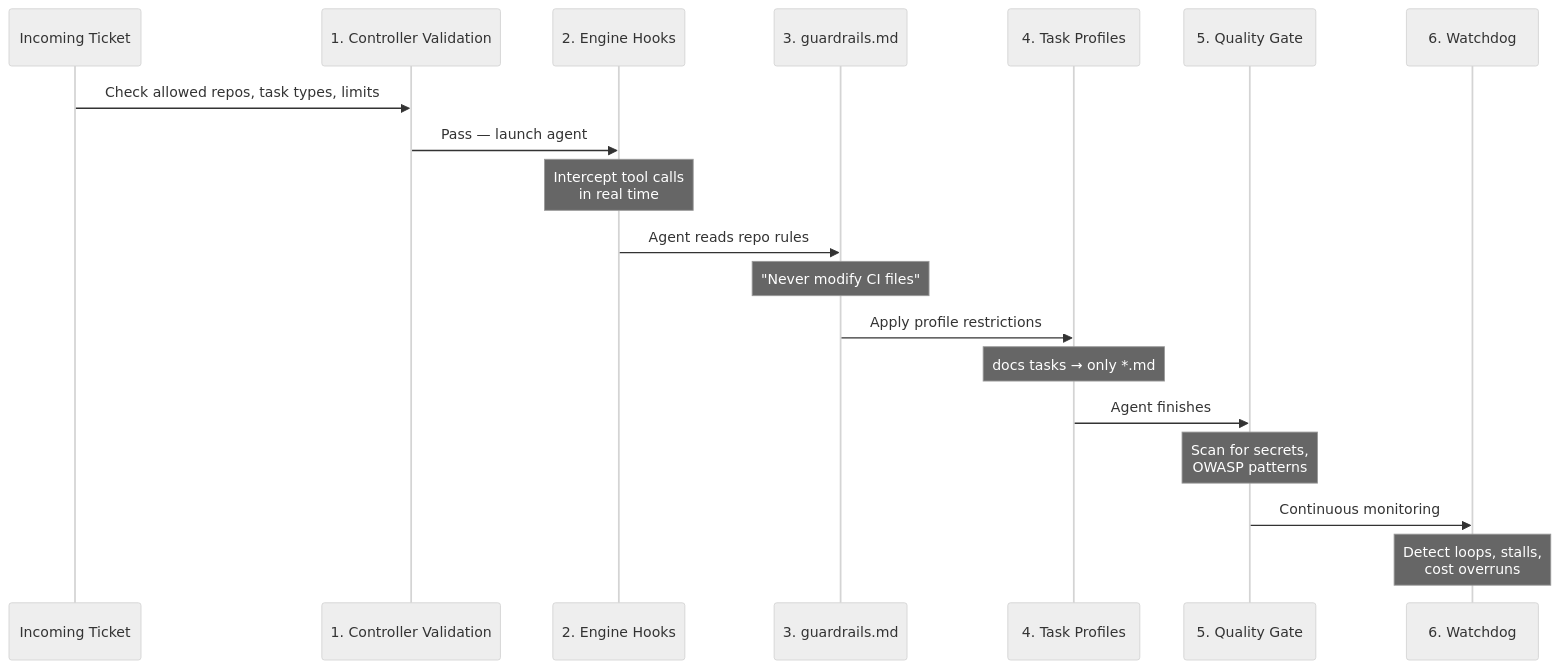
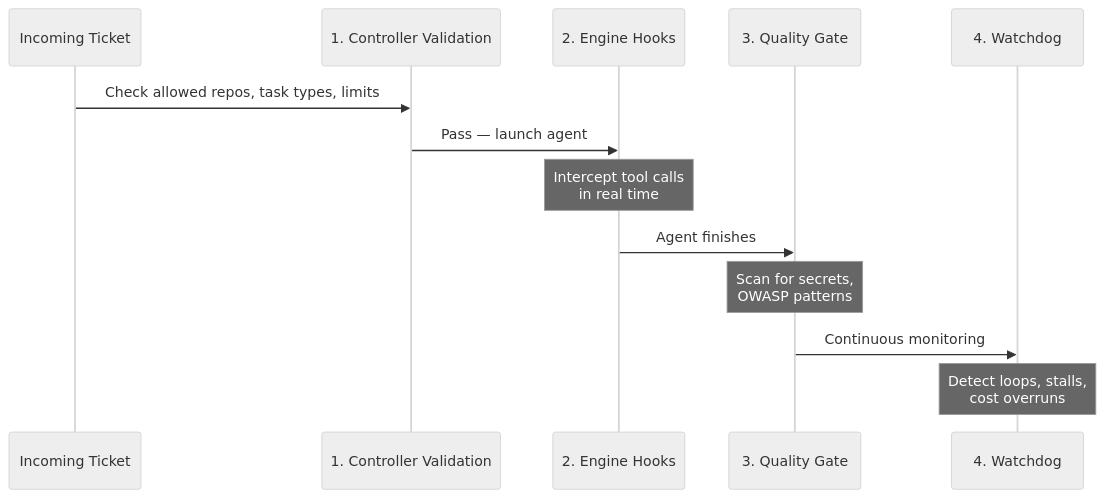
One commit to unitaryai/RoboDev changed the diagram in docs/guardrails.md. Above: the diagram before and after it, drawn with Mermaid (neutral theme). The commit also changed other lines of this file and 6 other files, not shown here.

````diff
--- a/docs/guardrails.md
+++ b/docs/guardrails.md
@@ -10,22 +10,16 @@
 ```mermaid
 sequenceDiagram
     participant Ticket as Incoming Ticket
     participant L1 as 1. Controller Validation
     participant L2 as 2. Engine Hooks
-    participant L3 as 3. guardrails.md
-    participant L4 as 4. Task Profiles
-    participant L5 as 5. Quality Gate
-    participant L6 as 6. Watchdog
+    participant L3 as 3. Quality Gate
+    participant L4 as 4. Watchdog
 
     Ticket->>L1: Check allowed repos, task types, limits
     L1->>L2: Pass — launch agent
     Note over L2: Intercept tool calls<br/>in real time
-    L2->>L3: Agent reads repo rules
-    Note over L3: "Never modify CI files"
-    L3->>L4: Apply profile restrictions
-    Note over L4: docs tasks → only *.md
-    L4->>L5: Agent finishes
-    Note over L5: Scan for secrets,<br/>OWASP patterns
-    L5->>L6: Continuous monitoring
-    Note over L6: Detect loops, stalls,<br/>cost overruns
+    L2->>L3: Agent finishes
+    Note over L3: Scan for secrets,<br/>OWASP patterns
+    L3->>L4: Continuous monitoring
+    Note over L4: Detect loops, stalls,<br/>cost overruns
 ```
````
